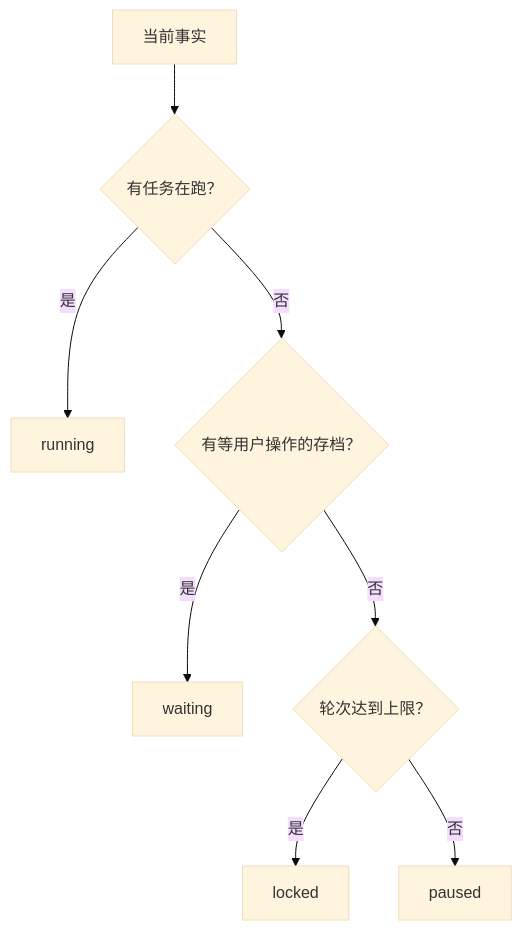
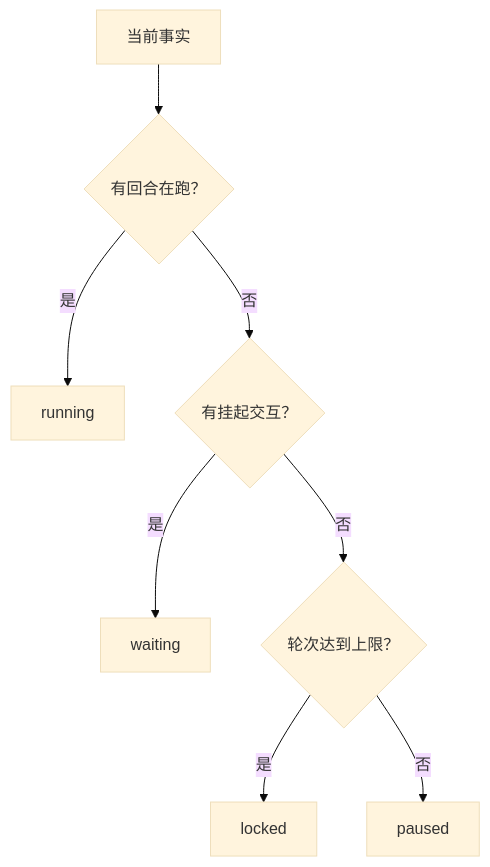
Before and after one commit to olinex/zhongkui: the eighth of 8 diagrams in docs/curated/explanation/agent-architecture.md, drawn with Mermaid (base theme). The commit also changed other lines of this file and 434 other files, not shown here.

````diff
--- a/docs/curated/explanation/agent-architecture.md
+++ b/docs/curated/explanation/agent-architecture.md
@@ -764,10 +766,10 @@
 ```mermaid
 flowchart TD
-    F["当前事实"] --> A{"有任务在跑？"}
+    F["当前事实"] --> A{"有回合在跑？"}
     A -->|是| R["running"]
-    A -->|否| B{"有等用户操作的存档？"}
+    A -->|否| B{"有挂起交互？"}
     B -->|是| W["waiting"]
     B -->|否| C{"轮次达到上限？"}
     C -->|是| L["locked"]
     C -->|否| P["paused"]
 ```
````
